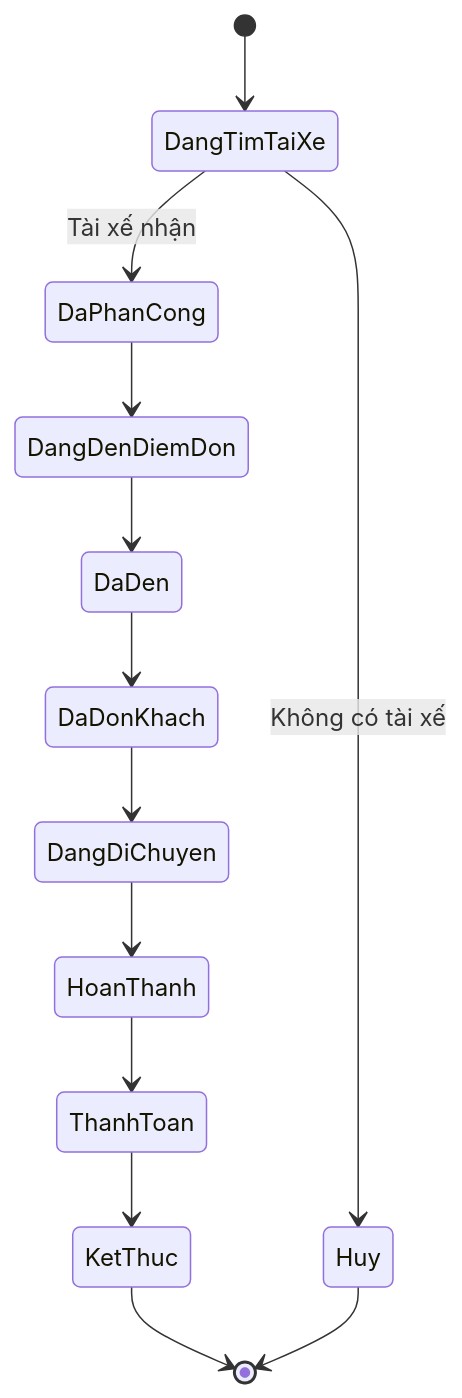
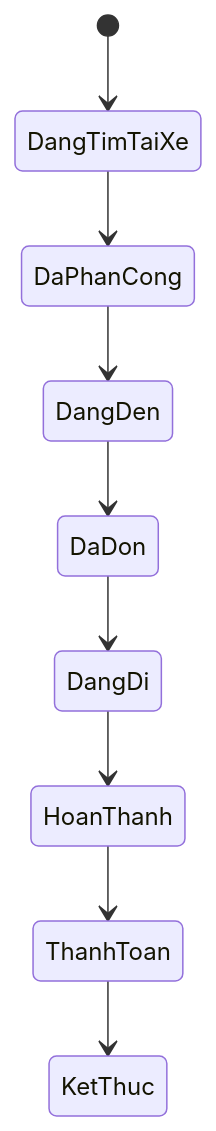
The sixth of 7 diagrams in README_CAB_System_Professional.md (diemme17131110-spec/23638831_BuiThiDiemMy_cabsystem), drawn with Mermaid before and after one commit. The commit also changed other lines of this file, not shown here.

````diff
--- a/README_CAB_System_Professional.md
+++ b/README_CAB_System_Professional.md
@@ -333,19 +256,11 @@
 ```mermaid
 stateDiagram-v2
     [*] --> DangTimTaiXe
-
-    DangTimTaiXe --> DaPhanCong: Tài xế nhận
-    DangTimTaiXe --> Huy: Không có tài xế
-
-    DaPhanCong --> DangDenDiemDon
-    DangDenDiemDon --> DaDen
-    DaDen --> DaDonKhach
-    DaDonKhach --> DangDiChuyen
-    DangDiChuyen --> HoanThanh
-
+    DangTimTaiXe --> DaPhanCong
+    DaPhanCong --> DangDen
+    DangDen --> DaDon
+    DaDon --> DangDi
+    DangDi --> HoanThanh
     HoanThanh --> ThanhToan
     ThanhToan --> KetThuc
-
-    KetThuc --> [*]
-    Huy --> [*]
 ```
````
